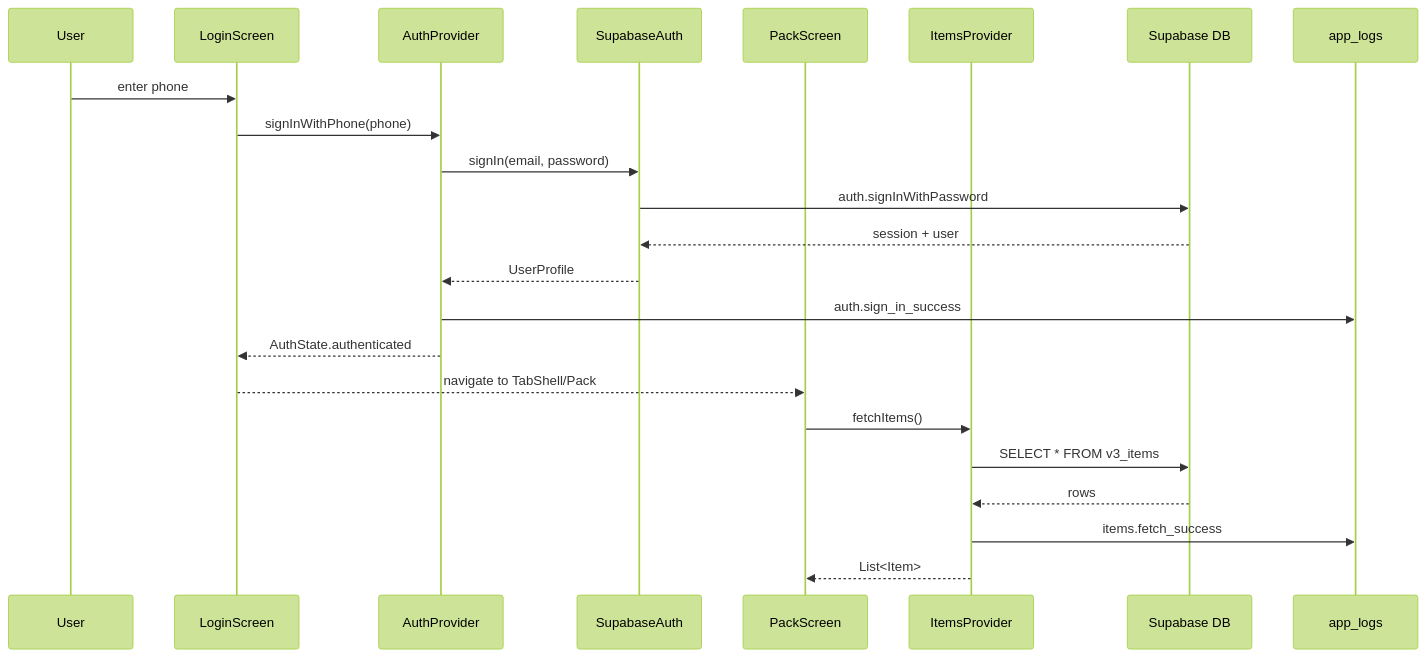
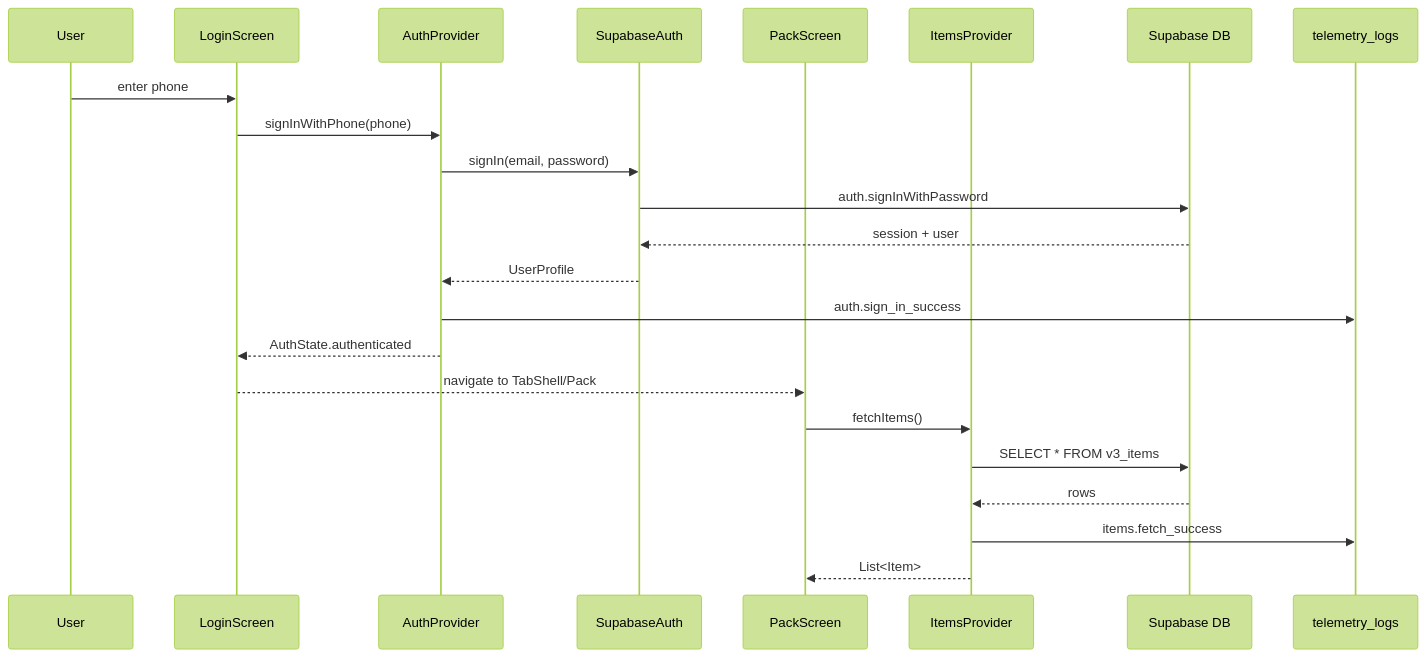
One commit to JMLegere/geo-app changed the second of 3 diagrams in docs/design.md. Above: the diagram before and after it, drawn with Mermaid (forest theme). The commit also changed other lines of this file and 35 other files, not shown here.

First line of the commit message:
Replace app_logs with OTel-shaped telemetry (#490)

````diff
--- a/docs/design.md
+++ b/docs/design.md
@@ -67,26 +67,26 @@
 ```mermaid
 sequenceDiagram
     participant U as User
     participant L as LoginScreen
     participant A as AuthProvider
     participant S as SupabaseAuth
     participant P as PackScreen
     participant I as ItemsProvider
     participant D as Supabase DB
-    participant O as app_logs
+    participant O as telemetry_logs
 
     U->>L: enter phone
     L->>A: signInWithPhone(phone)
     A->>S: signIn(email, password)
     S->>D: auth.signInWithPassword
     D-->>S: session + user
     S-->>A: UserProfile
     A->>O: auth.sign_in_success
     A-->>L: AuthState.authenticated
     L-->>P: navigate to TabShell/Pack
     P->>I: fetchItems()
     I->>D: SELECT * FROM v3_items
     D-->>I: rows
     I->>O: items.fetch_success
     I-->>P: List<Item>
 ```
````
